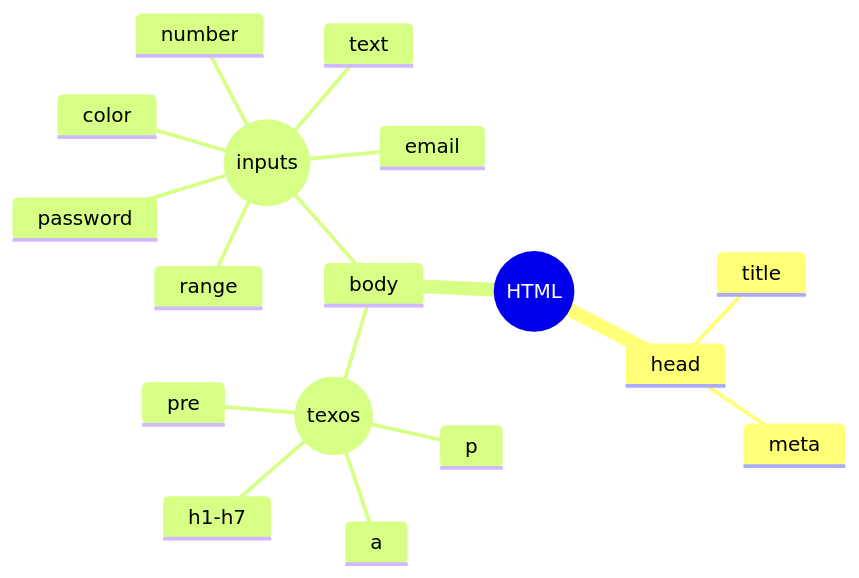
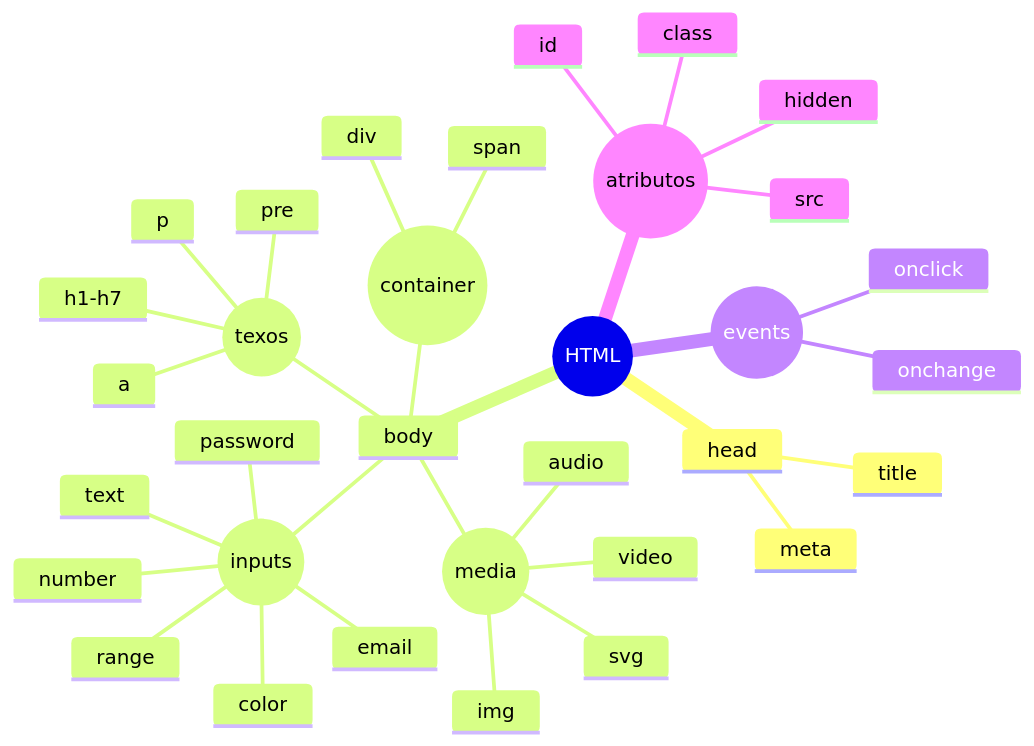
One commit to 17alma41/mindmap changed the diagram in mindmap.md. Above: the diagram before and after it, drawn with Mermaid.

Commit message:
mindmap: update

````diff
--- a/mindmap.md
+++ b/mindmap.md
@@ -1,21 +1,37 @@
 ```mermaid
 mindmap
 root((HTML))
     head
         title
         meta
     body
         ((texos))
             h1-h7
             p
             pre
             a
         ((inputs))
             text
             password
             email
             range
             number
             color
-    
+        ((media))
+            img
+            video
+            audio
+            svg
+        ((container))
+            span
+            div
+    ((events))
+        onclick
+        onchange
+    ((atributos))
+        id
+        class
+        src
+        hidden
+        
 ```
````
